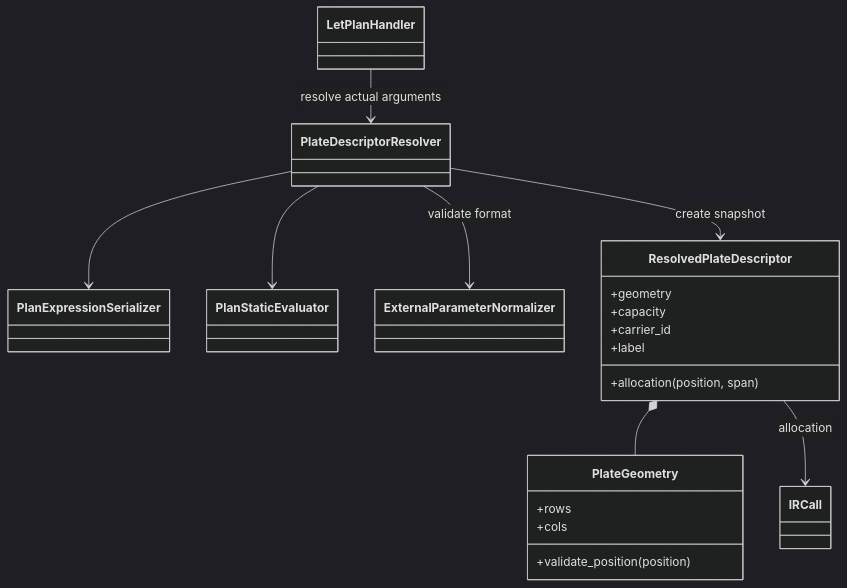
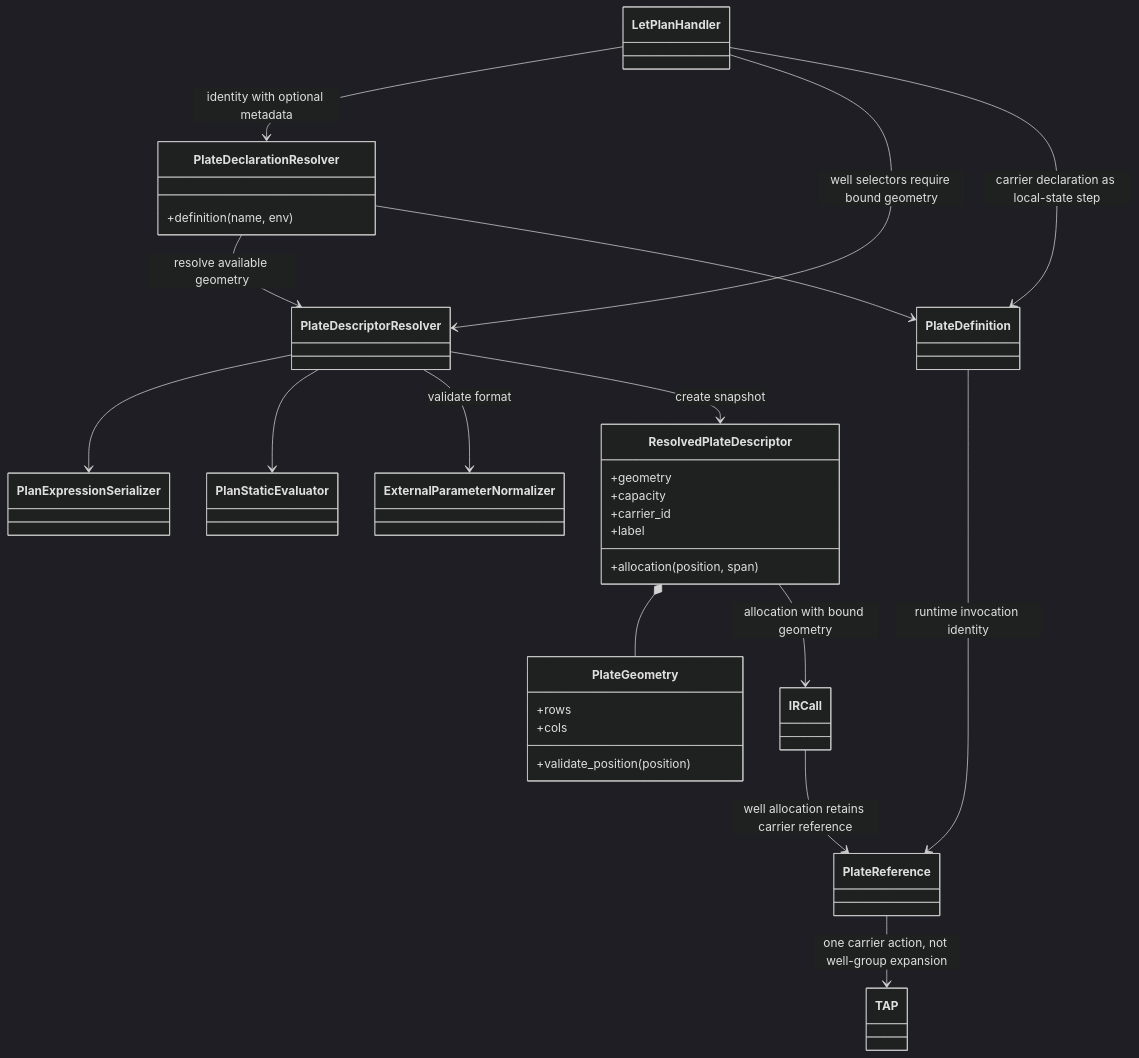
One commit to culsma/culsma changed the sixth of 6 diagrams in docs/architecture/pipeline/plan_module_diagrams.md. Above: the diagram before and after it, drawn with Mermaid (dark theme). The commit also changed other lines of this file and 23 other files, not shown here.

First line of the commit message:
feat(agitation): add TAP with plate carrier identity

````diff
--- a/docs/architecture/pipeline/plan_module_diagrams.md
+++ b/docs/architecture/pipeline/plan_module_diagrams.md
@@ -428,22 +428,32 @@
 ```mermaid
 classDiagram
-    LetPlanHandler --> PlateDescriptorResolver : resolve actual arguments
+    class PlateDeclarationResolver {
+        +definition(name, env)
+    }
+    LetPlanHandler --> PlateDeclarationResolver : identity with optional metadata
+    PlateDeclarationResolver --> PlateDescriptorResolver : resolve available geometry
+    PlateDeclarationResolver --> PlateDefinition
+    LetPlanHandler --> PlateDescriptorResolver : well selectors require bound geometry
     PlateDescriptorResolver --> PlanExpressionSerializer
     PlateDescriptorResolver --> PlanStaticEvaluator
     PlateDescriptorResolver --> ExternalParameterNormalizer : validate format
     PlateDescriptorResolver --> ResolvedPlateDescriptor : create snapshot
     ResolvedPlateDescriptor *-- PlateGeometry
-    ResolvedPlateDescriptor --> IRCall : allocation
+    ResolvedPlateDescriptor --> IRCall : allocation with bound geometry
+    LetPlanHandler --> PlateDefinition : carrier declaration as local-state step
+    PlateDefinition --> PlateReference : runtime invocation identity
+    IRCall --> PlateReference : well allocation retains carrier reference
+    PlateReference --> TAP : one carrier action, not well-group expansion
     class PlateGeometry {
         +rows
         +cols
         +validate_position(position)
     }
     class ResolvedPlateDescriptor {
         +geometry
         +capacity
         +carrier_id
         +label
         +allocation(position, span)
     }
 ```
````
